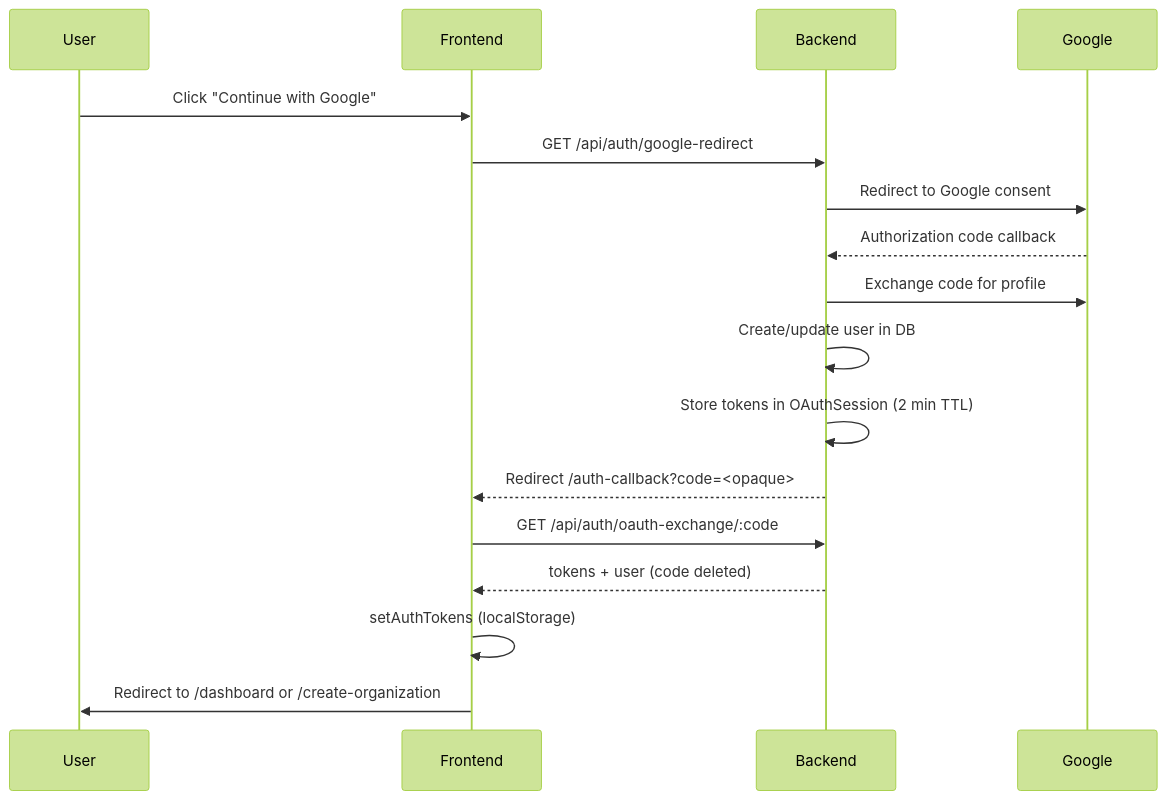
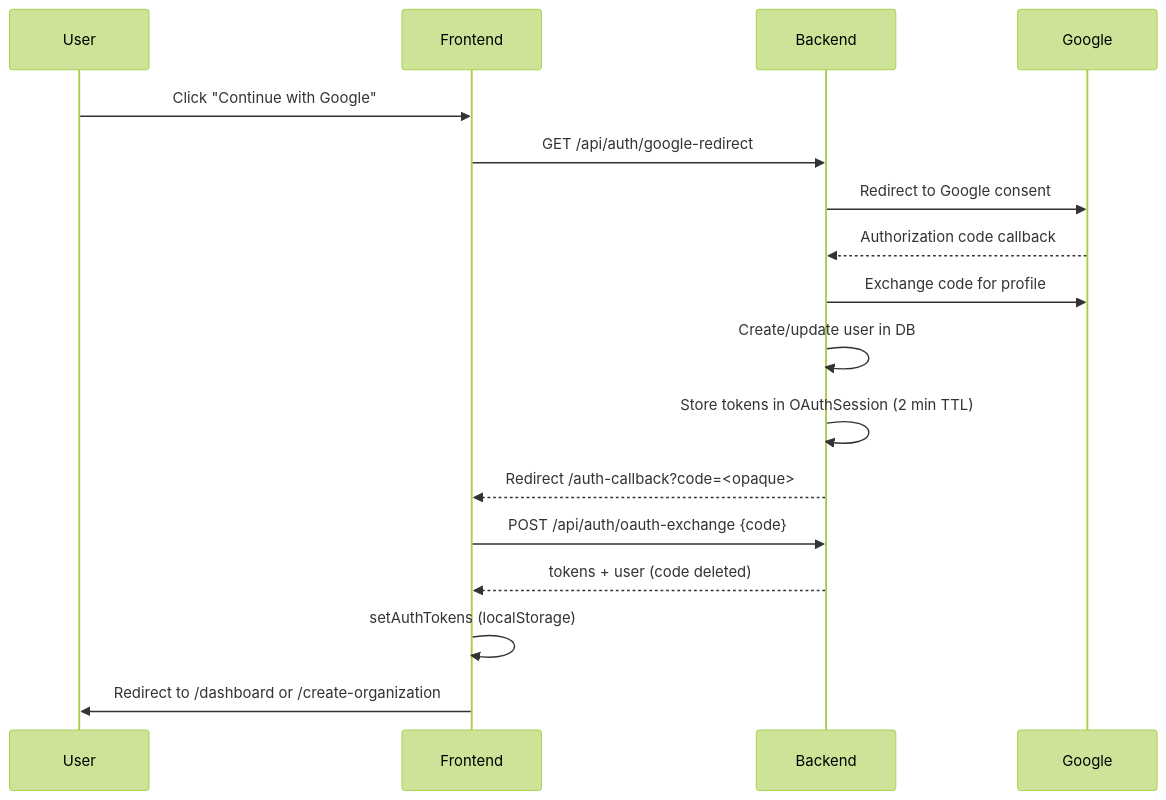
Before and after one commit to oyedokunken/traqify: the fourth of 6 diagrams in frontend/README.md, drawn with Mermaid (forest theme). The commit also changed 12 other files, not shown here.

First line of the commit message:
fix(auth): carry the OAuth code and staff invite token in request bodies, not URL paths

````diff
--- a/frontend/README.md
+++ b/frontend/README.md
@@ -310,20 +310,20 @@
 ```mermaid
 sequenceDiagram
     participant U as User
     participant FE as Frontend
     participant API as Backend
     participant G as Google
 
     U->>FE: Click "Continue with Google"
     FE->>API: GET /api/auth/google-redirect
     API->>G: Redirect to Google consent
     G-->>API: Authorization code callback
     API->>G: Exchange code for profile
     API->>API: Create/update user in DB
     API->>API: Store tokens in OAuthSession (2 min TTL)
     API-->>FE: Redirect /auth-callback?code=<opaque>
-    FE->>API: GET /api/auth/oauth-exchange/:code
+    FE->>API: POST /api/auth/oauth-exchange {code}
     API-->>FE: tokens + user (code deleted)
     FE->>FE: setAuthTokens (localStorage)
     FE->>U: Redirect to /dashboard or /create-organization
 ```
````
